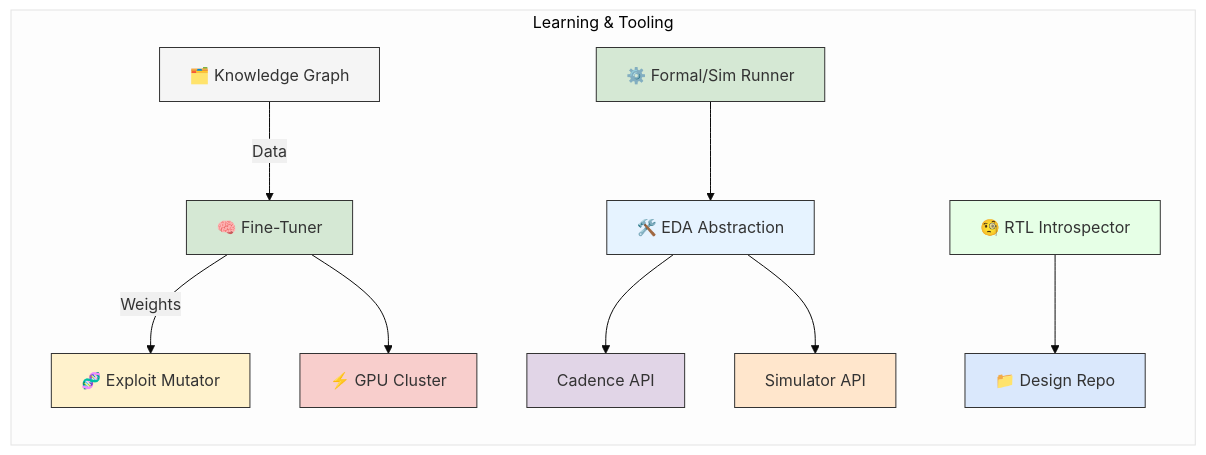
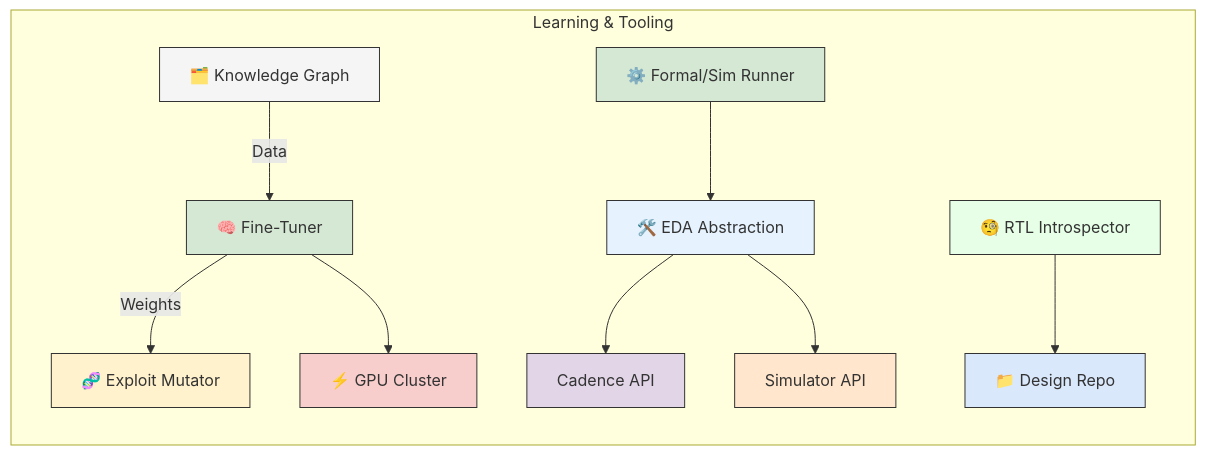
One commit to grahama1970/draper changed the second of 2 diagrams in draper_exploit_evo/README.md. Above: the diagram before and after it, drawn with Mermaid. The commit also changed other lines of this file and 82 other files, not shown here.

````diff
--- a/draper_exploit_evo/README.md
+++ b/draper_exploit_evo/README.md
@@ -111,37 +118,34 @@
 ```mermaid
-%%{init: {'theme': 'base', 'themeVariables': { 'primaryColor': '#f0f0f0'}}}%%
+%%{init: { 'theme': 'base', 'themeVariables': {
+  'fontFamily': '"Gotham", "Mulish", sans-serif',
+  'primaryColor': '#F6F4EE',
+  'primaryTextColor': '#10181F',
+  'lineColor': '#10181F',
+  'secondaryColor': '#dcdcdc',
+  'tertiaryColor': '#555'
+}}}%%
 graph LR
     subgraph "Learning & Tooling"
         ArangoDB["🗂️ Knowledge Graph"]:::db -->|"Data"| FineTuner["🧠 Fine-Tuner"]:::tuner
         FineTuner -->|"Weights"| Mutator["🧬 Exploit Mutator"]:::mutator
         FineTuner --> Compute["⚡ GPU Cluster"]:::compute
         
         FormalSimRunner["⚙️ Formal/Sim Runner"]:::runner --> EDA["🛠️ EDA Abstraction"]:::eda
         EDA --> Cadence["Cadence API"]:::cadence
         EDA --> Simulator["Simulator API"]:::simulator
         
         RTLIntrospector["🧐 RTL Introspector"]:::rtl --> DesignRepo["📁 Design Repo"]:::repo
     end
 
     classDef db fill:#f5f5f5,stroke:#333
     classDef tuner fill:#d5e8d4,stroke:#333
     classDef mutator fill:#fff2cc,stroke:#333
     classDef compute fill:#f8cecc,stroke:#333
     classDef runner fill:#d5e8d4,stroke:#333
     classDef eda fill:#e6f3ff,stroke:#333
     classDef cadence fill:#e1d5e7,stroke:#333
     classDef simulator fill:#ffe6cc,stroke:#333
     classDef rtl fill:#e6ffe6,stroke:#333
     classDef repo fill:#dae8fc,stroke:#333
 
-    click ArangoDB "#" "Graph database storing knowledge base"
-    click FineTuner "#" "Fine-tunes LoRA models on new data"
-    click Mutator "#" "Generates exploit variants"
-    click Compute "#" "GPU cluster for model training"
-    click FormalSimRunner "#" "Performs formal verification and simulation"
-    click EDA "#" "Electronic Design Automation abstraction layer"
-    click Cadence "#" "Cadence EDA tool API"
-    click Simulator "#" "Hardware simulation API"
-    click RTLIntrospector "#" "Analyzes RTL hardware designs"
-    click DesignRepo "#" "Repository of hardware design files"
 ```
````
